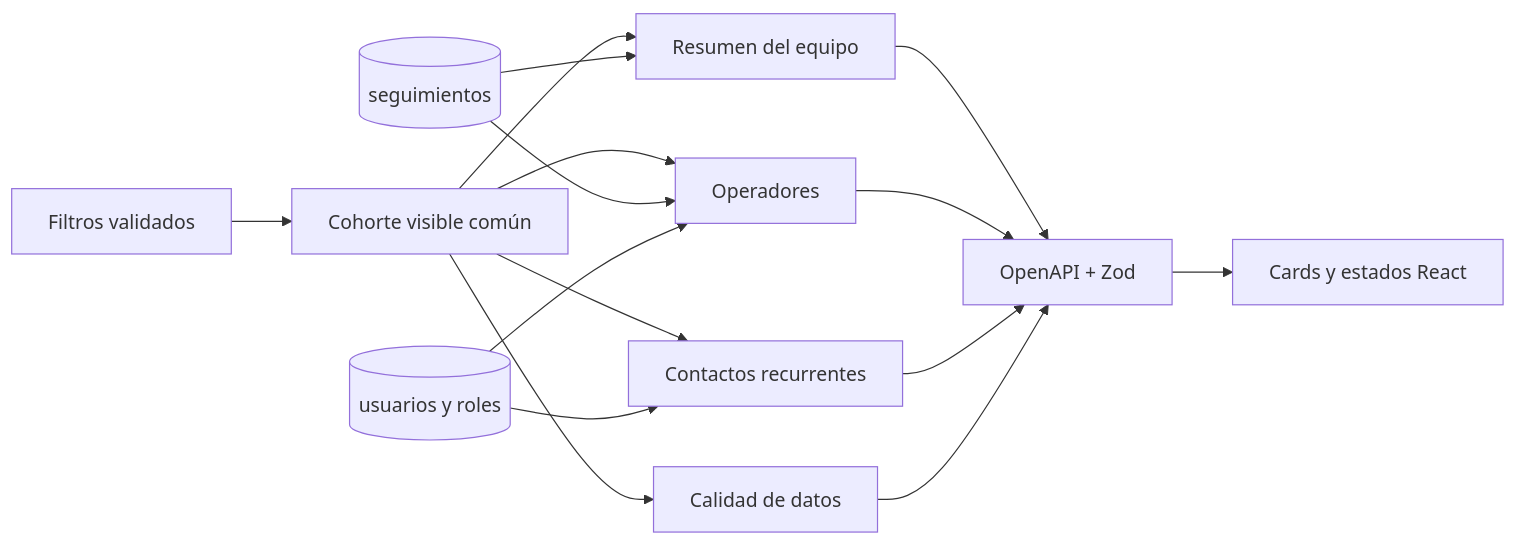
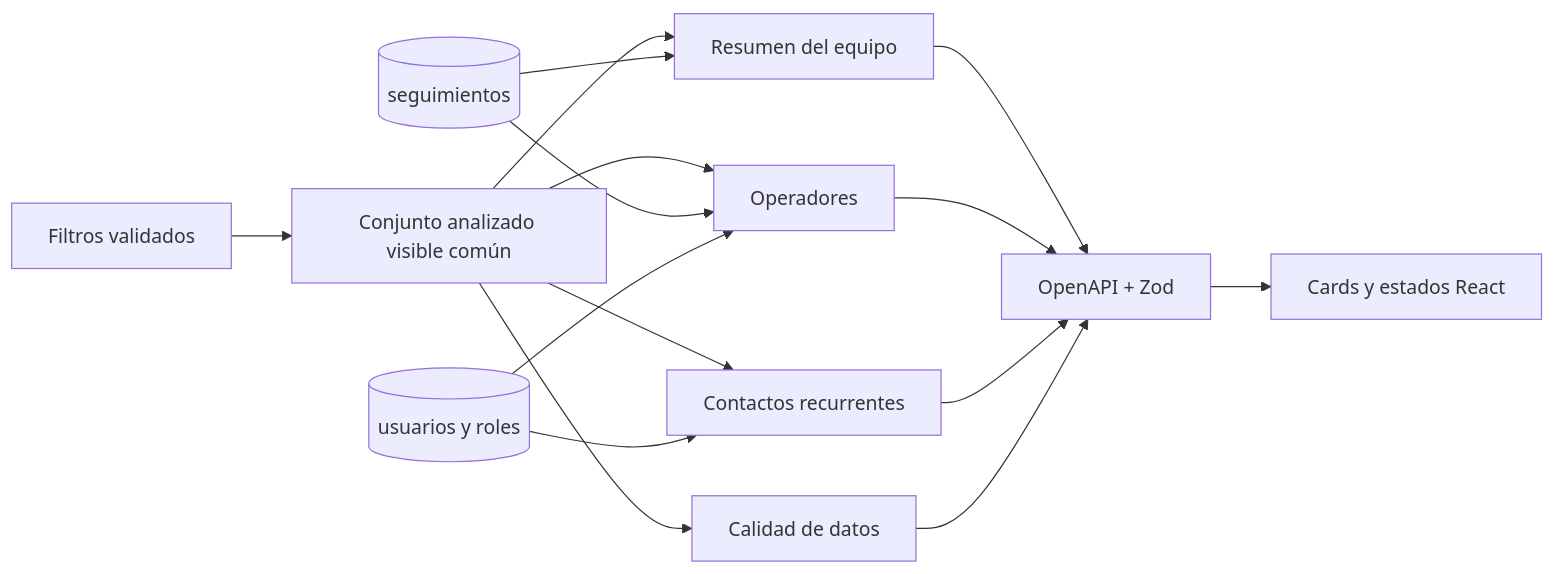
Before and after one commit to marianoLaclau/ticketsAdmin: the seventh of 14 diagrams in docs/ARQUITECTURA.MD, drawn with Mermaid. The commit also changed other lines of this file and 6 other files, not shown here.

````diff
--- a/docs/ARQUITECTURA.MD
+++ b/docs/ARQUITECTURA.MD
@@ -253,17 +253,17 @@
 ```mermaid
 flowchart LR
-    filters[Filtros validados] --> cohort[Cohorte visible común]
+    filters[Filtros validados] --> cohort[Conjunto analizado visible común]
     cohort --> team[Resumen del equipo]
     cohort --> people[Operadores]
     cohort --> repeats[Contactos recurrentes]
     cohort --> quality[Calidad de datos]
     history[(seguimientos)] --> team
     history --> people
     users[(usuarios y roles)] --> people
     users --> repeats
     team --> contract[OpenAPI + Zod]
     people --> contract
     repeats --> contract
     quality --> contract
     contract --> ui[Cards y estados React]
 ```
````
